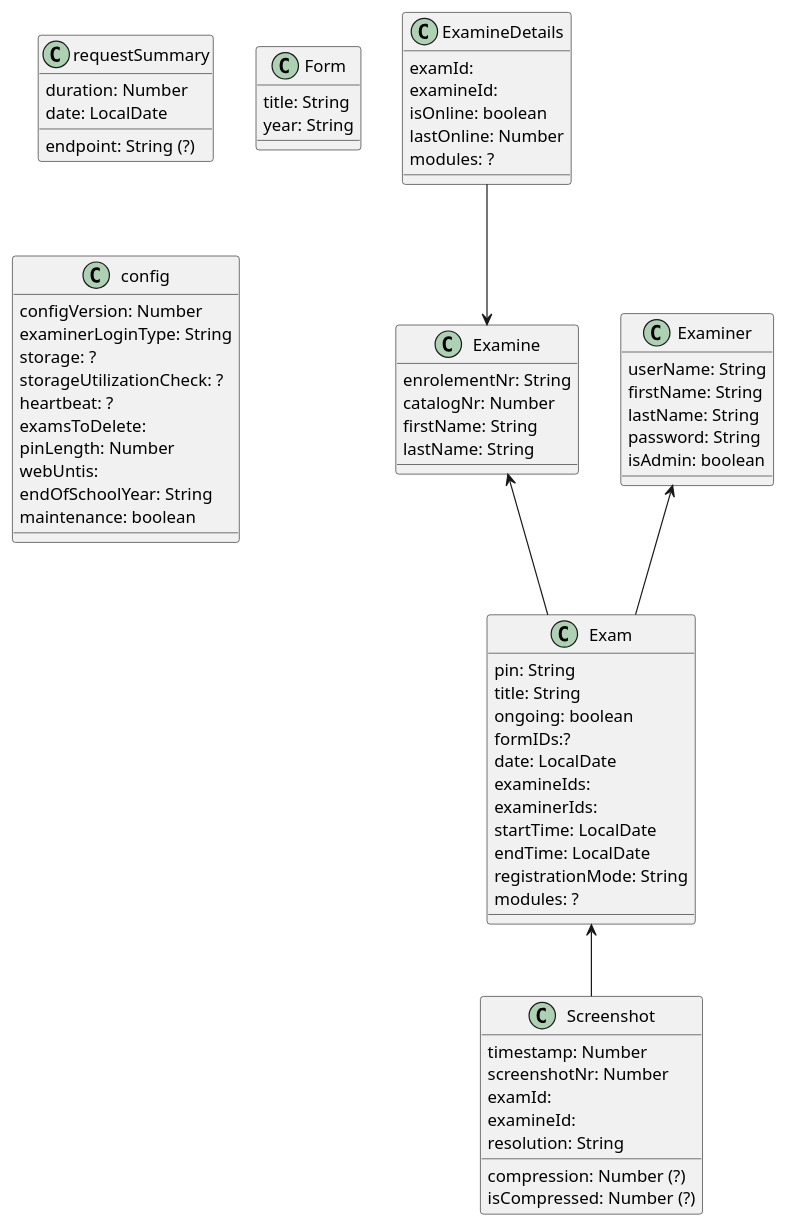
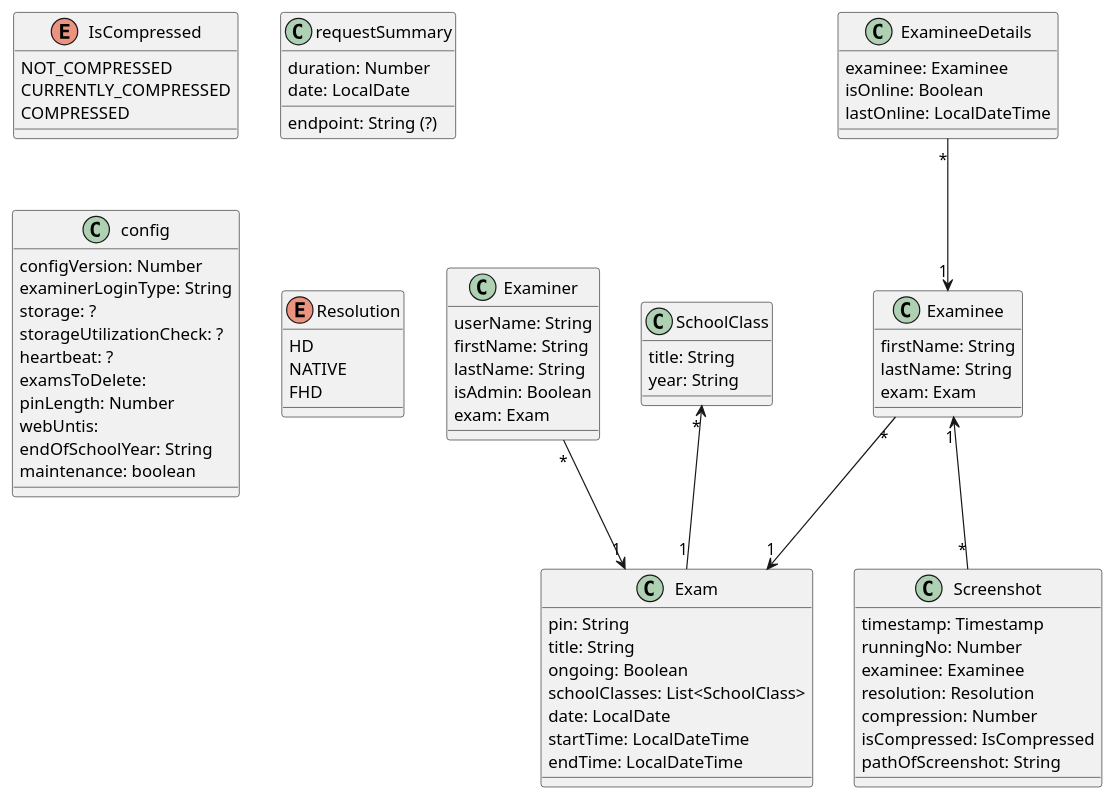
Before and after one commit to htl-leonding-project/franklyn-quarkus: the diagram in docs/asciidocs/plantuml/classDiagram.puml, drawn with PlantUML.

Commit message:
fra-6 doku

```diff
--- a/docs/asciidocs/plantuml/classDiagram.puml
+++ b/docs/asciidocs/plantuml/classDiagram.puml
@@ -1,81 +1,87 @@
 @startuml
 'https://plantuml.com/class-diagram
 
 class Exam{
     pin: String
     title: String
-    ongoing: boolean
-    formIDs:?
+    ongoing: Boolean
+    schoolClasses: List<SchoolClass>
     date: LocalDate
-    examineIds:
-    examinerIds:
-    startTime: LocalDate
-    endTime: LocalDate
-    registrationMode: String
-    modules: ?
+    startTime: LocalDateTime
+    endTime: LocalDateTime
 }
 
-class Examine{
-    enrolementNr: String
-    catalogNr: Number
+class Examinee{
     firstName: String
     lastName: String
+    exam: Exam
 }
 
 
-class ExamineDetails{
-    examId:
-    examineId:
-    isOnline: boolean
-    lastOnline: Number
-    modules: ?
+class ExamineeDetails{
+    examinee: Examinee
+    isOnline: Boolean
+    lastOnline: LocalDateTime
 }
 
 class Examiner{
     userName: String
     firstName: String
     lastName: String
-    password: String
-    isAdmin: boolean
+    isAdmin: Boolean
+    exam: Exam
 }
 
 class Screenshot{
-    timestamp: Number
-    screenshotNr: Number
-    examId:
-    examineId:
-    resolution: String
-    compression: Number (?)
-    isCompressed: Number (?)
+    timestamp: Timestamp
+    runningNo: Number
+    examinee: Examinee
+    resolution: Resolution
+    compression: Number
+    isCompressed: IsCompressed
+    pathOfScreenshot: String
+}
+
+enum IsCompressed{
+    NOT_COMPRESSED
+    CURRENTLY_COMPRESSED
+    COMPRESSED
 }
 
 class requestSummary{
     duration: Number
     endpoint: String (?)
     date: LocalDate
 }
 
-class Form{
+class SchoolClass{
     title: String
     year: String
 }
 
 class config{
     configVersion: Number
     examinerLoginType: String
     storage: ?
     storageUtilizationCheck: ?
     heartbeat: ?
     examsToDelete:
     pinLength: Number
     webUntis:
     endOfSchoolYear: String
     maintenance: boolean
 }
 
-Examine <-- Exam
-Examiner <-- Exam
-Exam <-- Screenshot
-ExamineDetails --> Examine
+enum Resolution{
+    HD
+    NATIVE
+    FHD
+}
+
+Examinee "*" --> "1" Exam
+Examiner "*" --> "1" Exam
+Examinee "1" <-- "*" Screenshot
+ExamineeDetails "*" --> "1" Examinee
+SchoolClass "*" <-- "1" Exam
 
 @enduml
```
